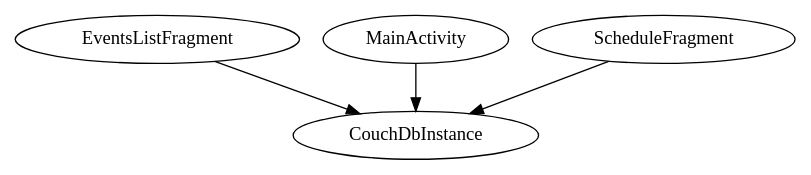
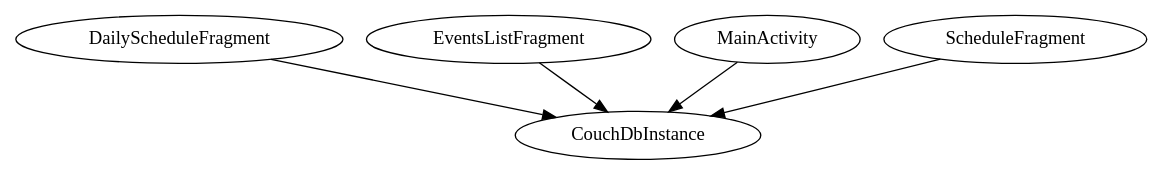
One commit to VinnieTheGinnie/MADFinalsApp changed the diagram in .apt_generated/com/mobileappdevelopersclub/fapp/models/AndroidModule.dot. Above: the diagram before and after it, drawn with Graphviz. The commit also changed 349 other files, not shown here.

```diff
--- a/.apt_generated/com/mobileappdevelopersclub/fapp/models/AndroidModule.dot
+++ b/.apt_generated/com/mobileappdevelopersclub/fapp/models/AndroidModule.dot
@@ -1,6 +1,7 @@
 digraph G1 {
   concentrate = true;
+  DailyScheduleFragment -> CouchDbInstance;
   EventsListFragment -> CouchDbInstance;
   MainActivity -> CouchDbInstance;
   ScheduleFragment -> CouchDbInstance;
 }
```
